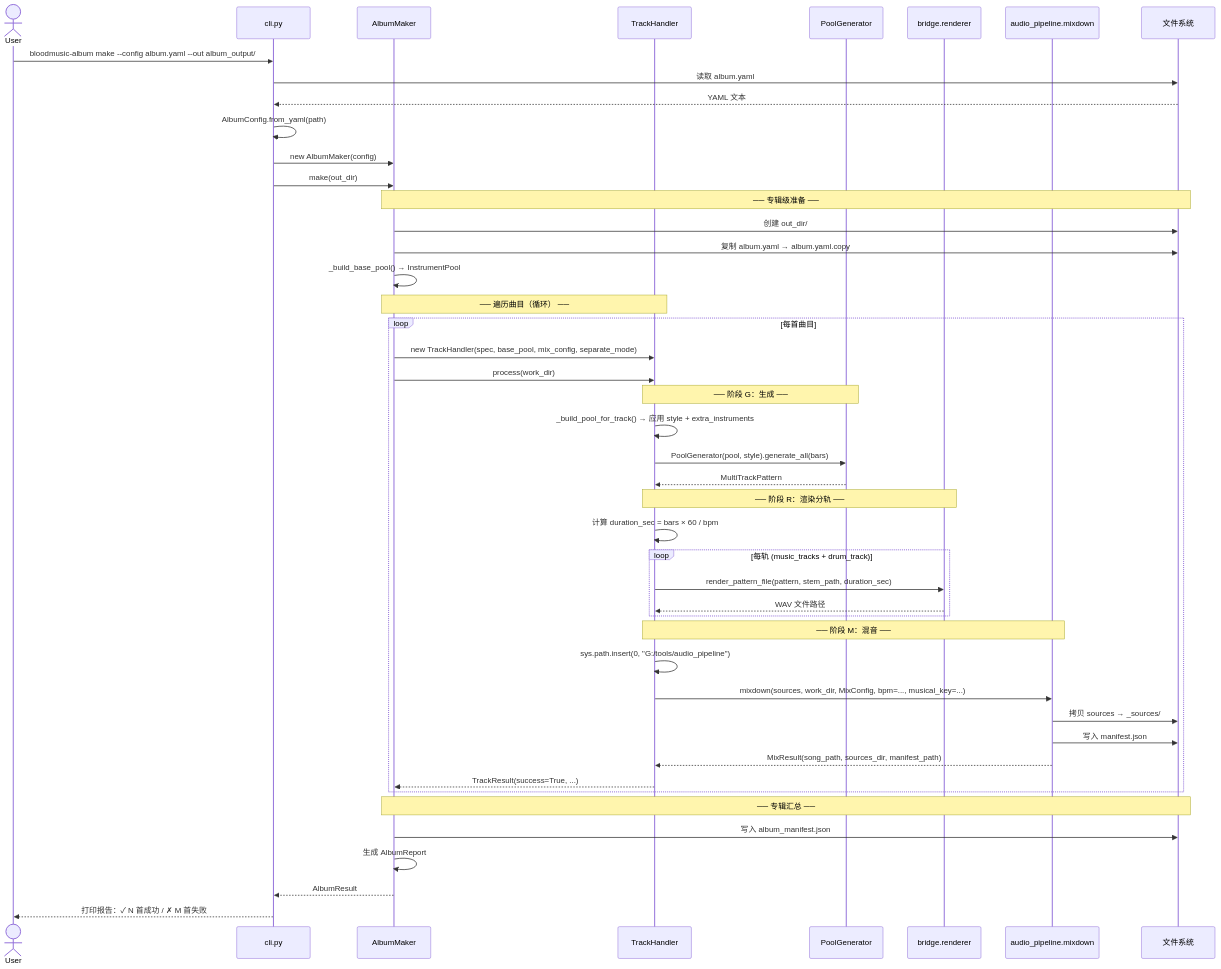
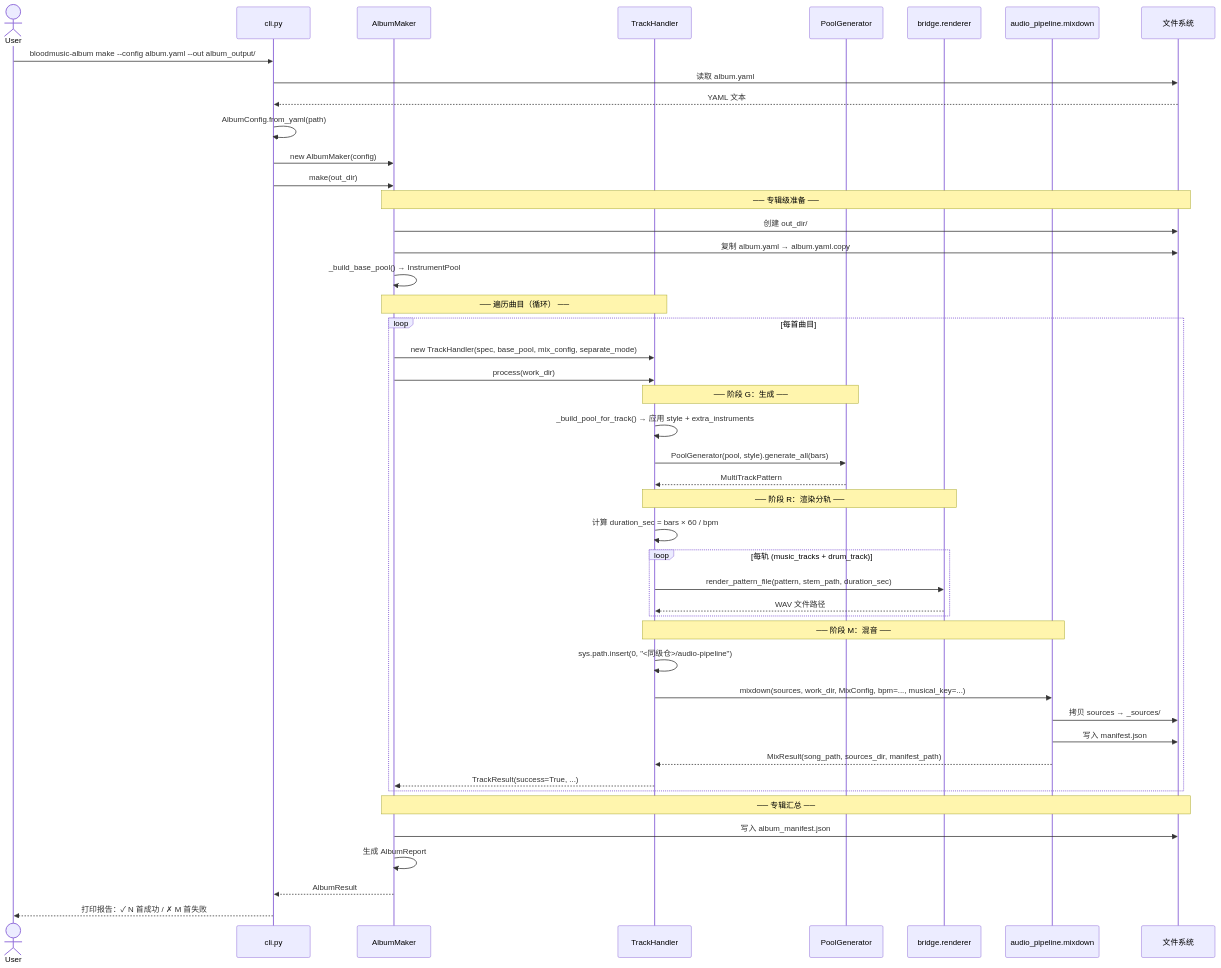
One commit to siwpan95/bloodmusic changed the diagram in docs/sequence-diagram-album-maker.mermaid. Above: the diagram before and after it, drawn with Mermaid. The commit also changed 11 other files, not shown here.

```diff
--- a/docs/sequence-diagram-album-maker.mermaid
+++ b/docs/sequence-diagram-album-maker.mermaid
@@ -1,54 +1,54 @@
 sequenceDiagram
     actor User
     participant CLI as cli.py
     participant AM as AlbumMaker
     participant TH as TrackHandler
     participant PG as PoolGenerator
     participant Bridge as bridge.renderer
     participant Mix as audio_pipeline.mixdown
     participant FS as 文件系统
 
     User->>CLI: bloodmusic-album make --config album.yaml --out album_output/
     CLI->>FS: 读取 album.yaml
     FS-->>CLI: YAML 文本
     CLI->>CLI: AlbumConfig.from_yaml(path)
     CLI->>AM: new AlbumMaker(config)
     CLI->>AM: make(out_dir)
 
     Note over AM,FS: ── 专辑级准备 ──
     AM->>FS: 创建 out_dir/
     AM->>FS: 复制 album.yaml → album.yaml.copy
     AM->>AM: _build_base_pool() → InstrumentPool
 
     Note over AM,TH: ── 遍历曲目（循环） ──
     loop 每首曲目
         AM->>TH: new TrackHandler(spec, base_pool, mix_config, separate_mode)
         AM->>TH: process(work_dir)
 
         Note over TH,PG: ── 阶段 G：生成 ──
         TH->>TH: _build_pool_for_track() → 应用 style + extra_instruments
         TH->>PG: PoolGenerator(pool, style).generate_all(bars)
         PG-->>TH: MultiTrackPattern
 
         Note over TH,Bridge: ── 阶段 R：渲染分轨 ──
         TH->>TH: 计算 duration_sec = bars × 60 / bpm
         loop 每轨 (music_tracks + drum_track)
             TH->>Bridge: render_pattern_file(pattern, stem_path, duration_sec)
             Bridge-->>TH: WAV 文件路径
         end
 
         Note over TH,Mix: ── 阶段 M：混音 ──
-        TH->>TH: sys.path.insert(0, "G:/tools/audio_pipeline")
+        TH->>TH: sys.path.insert(0, "<同级仓>/audio-pipeline")
         TH->>Mix: mixdown(sources, work_dir, MixConfig, bpm=..., musical_key=...)
         Mix->>FS: 拷贝 sources → _sources/
         Mix->>FS: 写入 manifest.json
         Mix-->>TH: MixResult(song_path, sources_dir, manifest_path)
 
         TH-->>AM: TrackResult(success=True, ...)
     end
 
     Note over AM,FS: ── 专辑汇总 ──
     AM->>FS: 写入 album_manifest.json
     AM->>AM: 生成 AlbumReport
     AM-->>CLI: AlbumResult
     CLI-->>User: 打印报告：✓ N 首成功 / ✗ M 首失败
```
